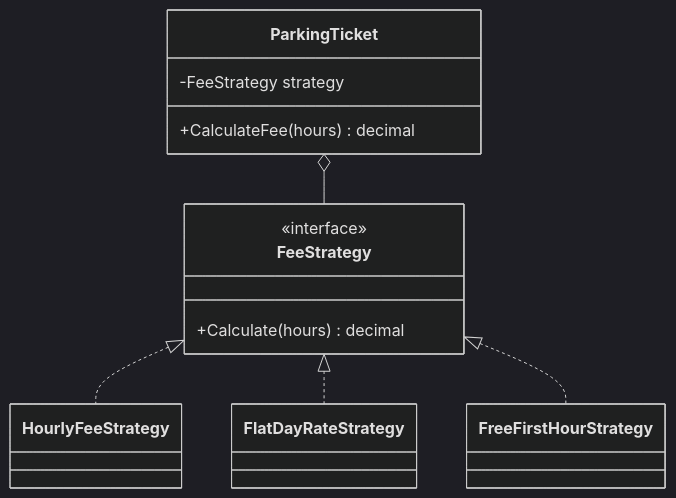
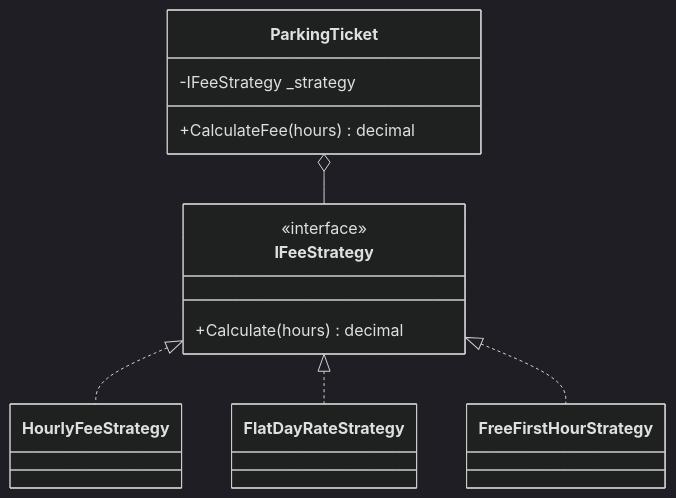
The diagram in 00-Foundations/04-Design-Patterns/Behavioral/Strategy/notes.md (tushardongre1990/LLD-Claude), drawn with Mermaid (dark theme) before and after one commit. The commit also changed other lines of this file and 52 other files, not shown here.

First line of the commit message:
docs(03-SOLID, 04-Patterns): make notes self-contained; fix diagram/code drift

````diff
--- a/00-Foundations/04-Design-Patterns/Behavioral/Strategy/notes.md
+++ b/00-Foundations/04-Design-Patterns/Behavioral/Strategy/notes.md
@@ -14,19 +14,19 @@
 ```mermaid
 classDiagram
-    class FeeStrategy {
+    class IFeeStrategy {
         <<interface>>
         +Calculate(hours) decimal
     }
     class HourlyFeeStrategy
     class FlatDayRateStrategy
     class FreeFirstHourStrategy
-    FeeStrategy <|.. HourlyFeeStrategy
-    FeeStrategy <|.. FlatDayRateStrategy
-    FeeStrategy <|.. FreeFirstHourStrategy
+    IFeeStrategy <|.. HourlyFeeStrategy
+    IFeeStrategy <|.. FlatDayRateStrategy
+    IFeeStrategy <|.. FreeFirstHourStrategy
 
     class ParkingTicket {
-        -FeeStrategy strategy
+        -IFeeStrategy _strategy
         +CalculateFee(hours) decimal
     }
-    ParkingTicket o-- FeeStrategy
+    ParkingTicket o-- IFeeStrategy
 ```
````
